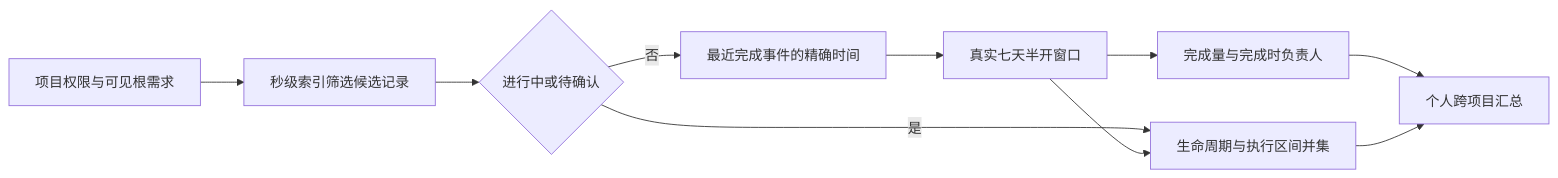
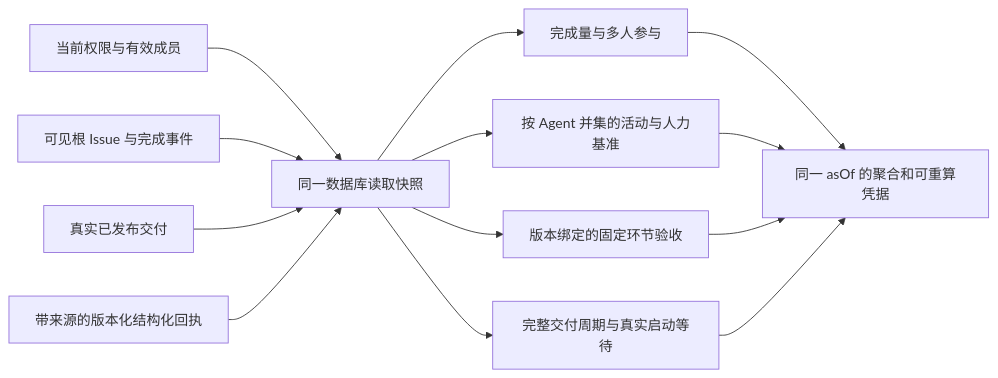
Before and after one commit to wecode-ai/Wegent: the fifth of 5 diagrams in docs/zh/wegent/developer-guide/cloud-project-collaboration.md, drawn with Mermaid. The commit also changed other lines of this file and 37 other files, not shown here.

````diff
--- a/docs/zh/wegent/developer-guide/cloud-project-collaboration.md
+++ b/docs/zh/wegent/developer-guide/cloud-project-collaboration.md
@@ -387,12 +395,15 @@
 ```mermaid
 flowchart LR
-    Scope[项目权限与可见根需求] --> Candidates[秒级索引筛选候选记录]
-    Candidates --> Active{进行中或待确认}
-    Active -->|是| Timing[生命周期与执行区间并集]
-    Active -->|否| Event[最近完成事件的精确时间]
-    Event --> Window[真实七天半开窗口]
-    Window --> Completion[完成量与完成时负责人]
-    Window --> Timing
-    Completion --> Personal[个人跨项目汇总]
-    Timing --> Personal
+    Access[当前权限与有效成员] --> Snapshot[同一数据库读取快照]
+    Issues[可见根 Issue 与完成事件] --> Snapshot
+    Delivery[真实已发布交付] --> Snapshot
+    Receipt[带来源的版本化结构化回执] --> Snapshot
+    Snapshot --> Completion[完成量与多人参与]
+    Snapshot --> Activity[按 Agent 并集的活动与人力基准]
+    Snapshot --> Accepted[版本绑定的固定环节验收]
+    Snapshot --> Handoff[完整交付周期与真实启动等待]
+    Completion --> Response[同一 asOf 的聚合和可重算凭据]
+    Activity --> Response
+    Accepted --> Response
+    Handoff --> Response
 ```
````
